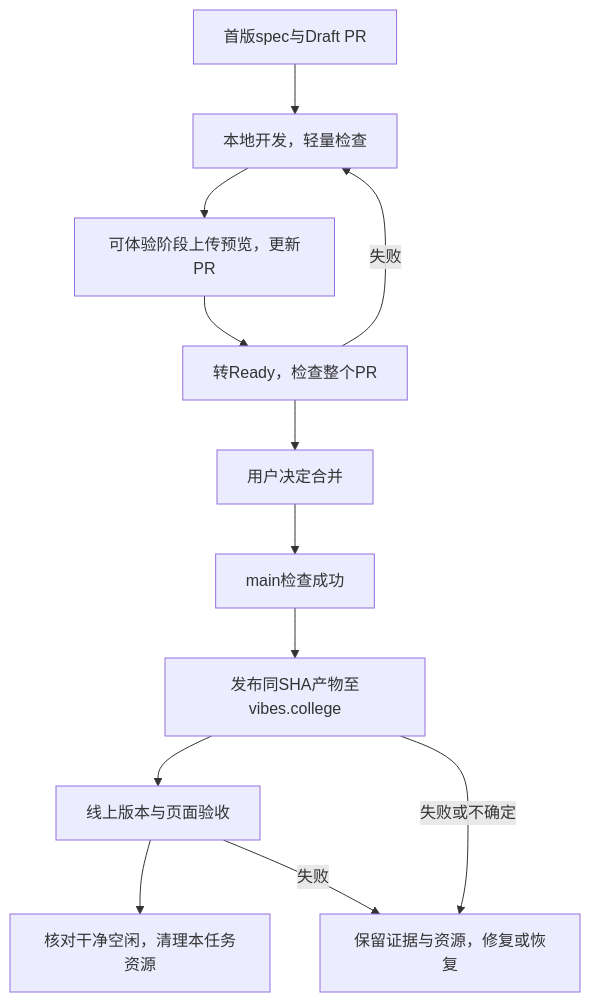
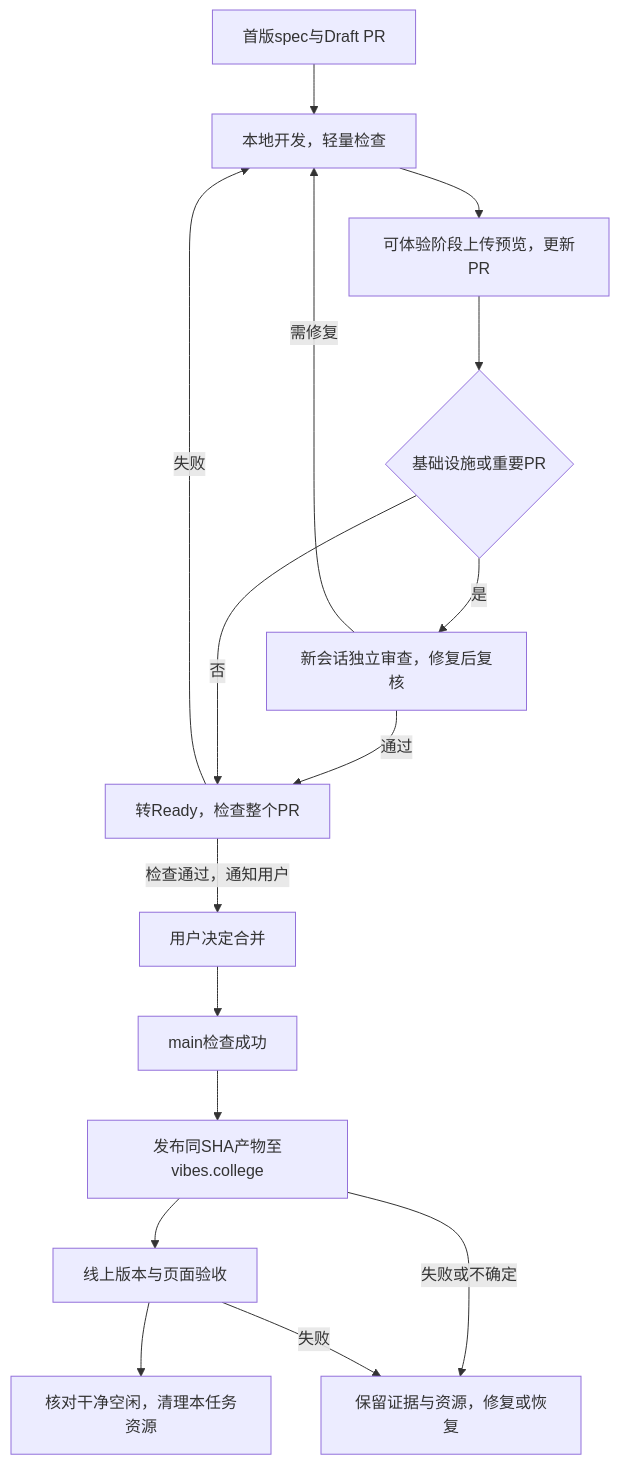
One commit to Vibes-college/Vibes changed the diagram in docs/features/project-commands.md. Above: the diagram before and after it, drawn with Mermaid. The commit also changed other lines of this file and 3 other files, not shown here.

````diff
--- a/docs/features/project-commands.md
+++ b/docs/features/project-commands.md
@@ -56,14 +56,18 @@
 ```mermaid
 flowchart TD
   A[首版spec与Draft PR] --> B[本地开发，轻量检查]
   B --> C[可体验阶段上传预览，更新PR]
-  C --> D[转Ready，检查整个PR]
-  D --> E[用户决定合并]
+  C --> R{基础设施或重要PR}
+  R -->|是| V[新会话独立审查，修复后复核]
+  V -->|通过| D[转Ready，检查整个PR]
+  V -->|需修复| B
+  R -->|否| D
+  D -->|检查通过，通知用户| E[用户决定合并]
   E --> F[main检查成功]
   F --> G[发布同SHA产物至vibes.college]
   G --> H[线上版本与页面验收]
   H --> I[核对干净空闲，清理本任务资源]
   D -->|失败| B
   G -->|失败或不确定| J[保留证据与资源，修复或恢复]
   H -->|失败| J
 ```
````
